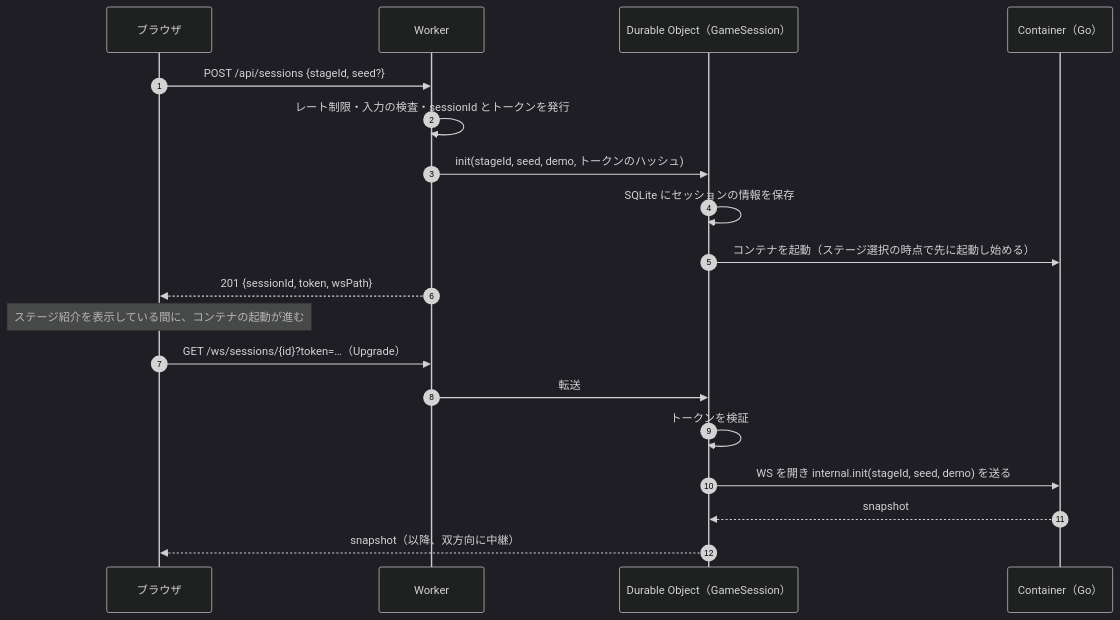
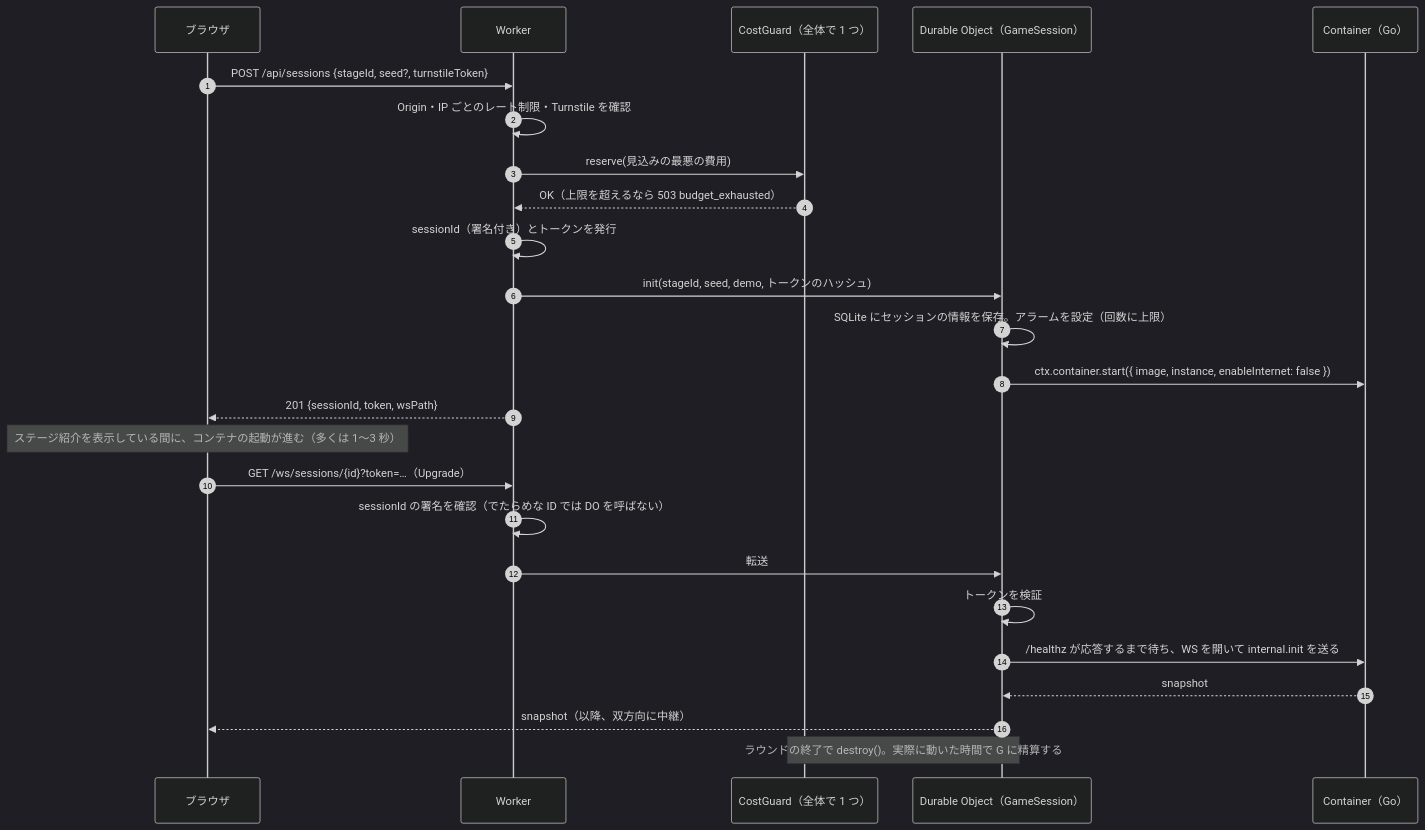
Before and after one commit to K-Kizuku/raft-game: the sixth of 9 diagrams in docs/02-architecture.md, drawn with Mermaid (dark theme). The commit also changed other lines of this file and 19 other files, not shown here.

````diff
--- a/docs/02-architecture.md
+++ b/docs/02-architecture.md
@@ -224,21 +228,27 @@
 ```mermaid
 sequenceDiagram
     autonumber
     participant UI as ブラウザ
     participant W as Worker
+    participant G as CostGuard（全体で 1 つ）
     participant DO as Durable Object（GameSession）
     participant CT as Container（Go）
-    UI->>W: POST /api/sessions {stageId, seed?}
-    W->>W: レート制限・入力の検査・sessionId とトークンを発行
+    UI->>W: POST /api/sessions {stageId, seed?, turnstileToken}
+    W->>W: Origin・IP ごとのレート制限・Turnstile を確認
+    W->>G: reserve(見込みの最悪の費用)
+    G-->>W: OK（上限を超えるなら 503 budget_exhausted）
+    W->>W: sessionId（署名付き）とトークンを発行
     W->>DO: init(stageId, seed, demo, トークンのハッシュ)
-    DO->>DO: SQLite にセッションの情報を保存
-    DO->>CT: コンテナを起動（ステージ選択の時点で先に起動し始める）
+    DO->>DO: SQLite にセッションの情報を保存。アラームを設定（回数に上限）
+    DO->>CT: ctx.container.start({ image, instance, enableInternet: false })
     W-->>UI: 201 {sessionId, token, wsPath}
-    Note over UI: ステージ紹介を表示している間に、コンテナの起動が進む
+    Note over UI: ステージ紹介を表示している間に、コンテナの起動が進む（多くは 1〜3 秒）
     UI->>W: GET /ws/sessions/{id}?token=…（Upgrade）
+    W->>W: sessionId の署名を確認（でたらめな ID では DO を呼ばない）
     W->>DO: 転送
     DO->>DO: トークンを検証
-    DO->>CT: WS を開き internal.init(stageId, seed, demo) を送る
+    DO->>CT: /healthz が応答するまで待ち、WS を開いて internal.init を送る
     CT-->>DO: snapshot
     DO-->>UI: snapshot（以降、双方向に中継）
+    Note over DO,G: ラウンドの終了で destroy()。実際に動いた時間で G に精算する
 ```
````
